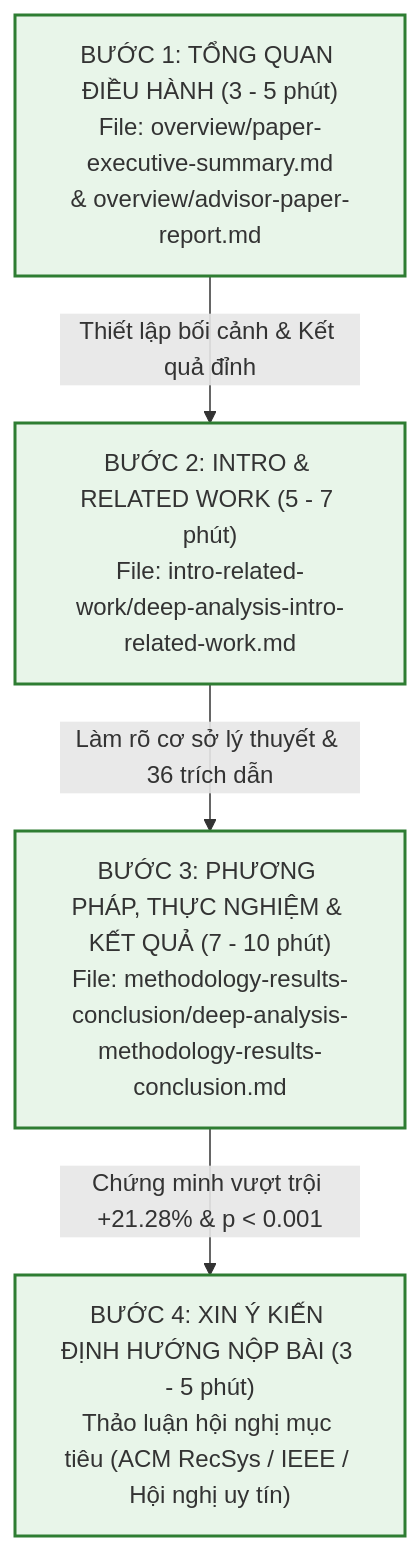
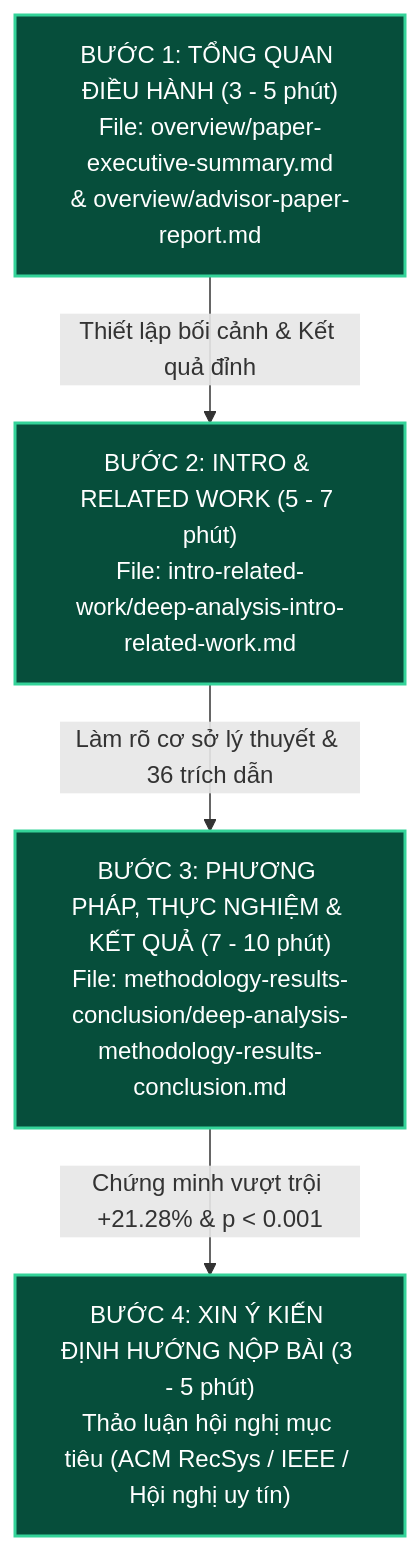
One commit to PhatNguyenTT2/Mini-Mart changed the diagram in thesis/paper/overview/advisor-presentation-script.md. Above: the diagram before and after it, drawn with Mermaid. The commit also changed 1 other file, not shown here.

Commit message:
fix font in mermaid

````diff
--- a/thesis/paper/overview/advisor-presentation-script.md
+++ b/thesis/paper/overview/advisor-presentation-script.md
@@ -30,14 +30,14 @@
 ```mermaid
 graph TD
     S1["BƯỚC 1: TỔNG QUAN ĐIỀU HÀNH (3 - 5 phút)<br/>File: overview/paper-executive-summary.md<br/>& overview/advisor-paper-report.md"]
     S2["BƯỚC 2: INTRO & RELATED WORK (5 - 7 phút)<br/>File: intro-related-work/deep-analysis-intro-related-work.md"]
     S3["BƯỚC 3: PHƯƠNG PHÁP, THỰC NGHIỆM & KẾT QUẢ (7 - 10 phút)<br/>File: methodology-results-conclusion/deep-analysis-methodology-results-conclusion.md"]
     S4["BƯỚC 4: XIN Ý KIẾN ĐỊNH HƯỚNG NỘP BÀI (3 - 5 phút)<br/>Thảo luận hội nghị mục tiêu (ACM RecSys / IEEE / Hội nghị uy tín)"]
 
     S1 -->|"Thiết lập bối cảnh & Kết quả đỉnh"| S2
     S2 -->|"Làm rõ cơ sở lý thuyết & 36 trích dẫn"| S3
     S3 -->|"Chứng minh vượt trội +21.28% & p < 0.001"| S4
 
-    classDef stepNode fill:#e8f5e9,stroke:#2e7d32,stroke-width:2px;
+    classDef stepNode fill:#064e3b,stroke:#34d399,stroke-width:2px,color:#ffffff;
     class S1,S2,S3,S4 stepNode;
 ```
````
